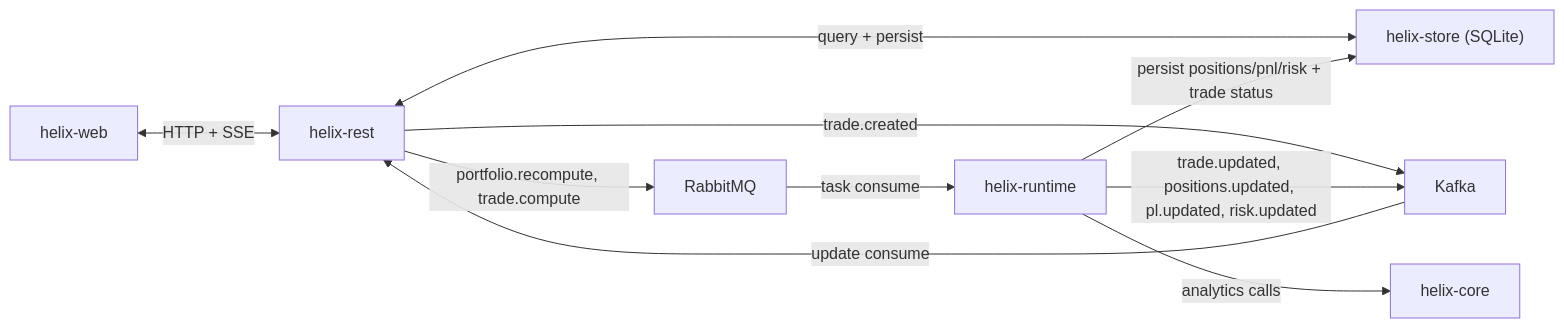
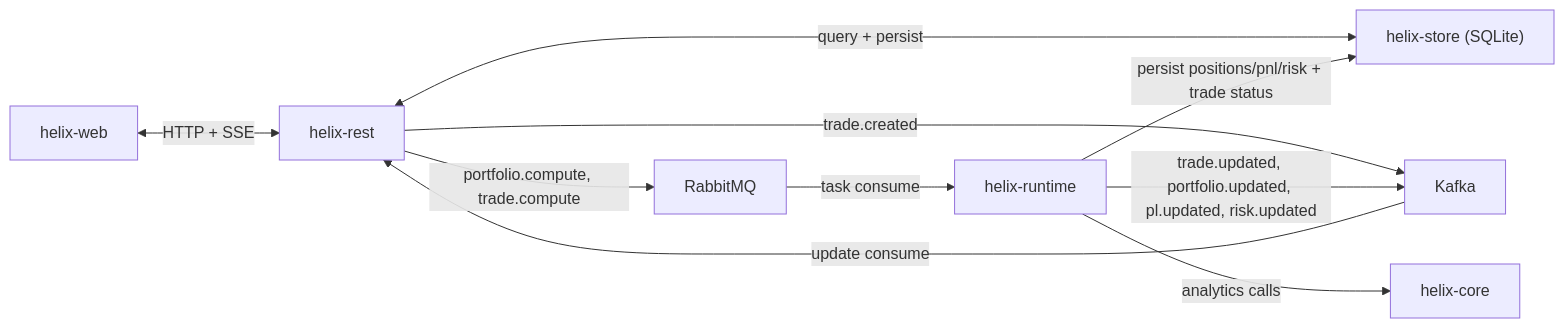
Before and after one commit to a4shubert/helix: the diagram in docs/architecture.mmd, drawn with Mermaid. The commit also changed 75 other files, not shown here.

```diff
--- a/docs/architecture.mmd
+++ b/docs/architecture.mmd
@@ -1,21 +1,21 @@
 flowchart LR
     web["helix-web"]
     rest["helix-rest"]
     runtime["helix-runtime"]
     core["helix-core"]
     store["helix-store (SQLite)"]
     kafka["Kafka"]
     rabbit["RabbitMQ"]
 
     web <--> |HTTP + SSE| rest
     rest <--> |query + persist| store
 
     rest --> |trade.created| kafka
-    rest --> |portfolio.recompute, trade.compute| rabbit
+    rest --> |portfolio.compute, trade.compute| rabbit
 
     rabbit --> |task consume| runtime
     runtime --> |analytics calls| core
     runtime --> |persist positions/pnl/risk + trade status| store
-    runtime --> |trade.updated, positions.updated, pl.updated, risk.updated| kafka
+    runtime --> |trade.updated, portfolio.updated, pl.updated, risk.updated| kafka
 
     kafka --> |update consume| rest
```
